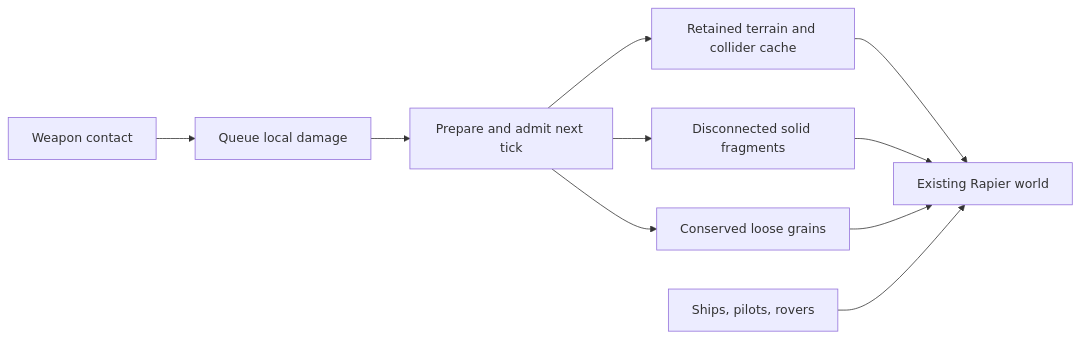
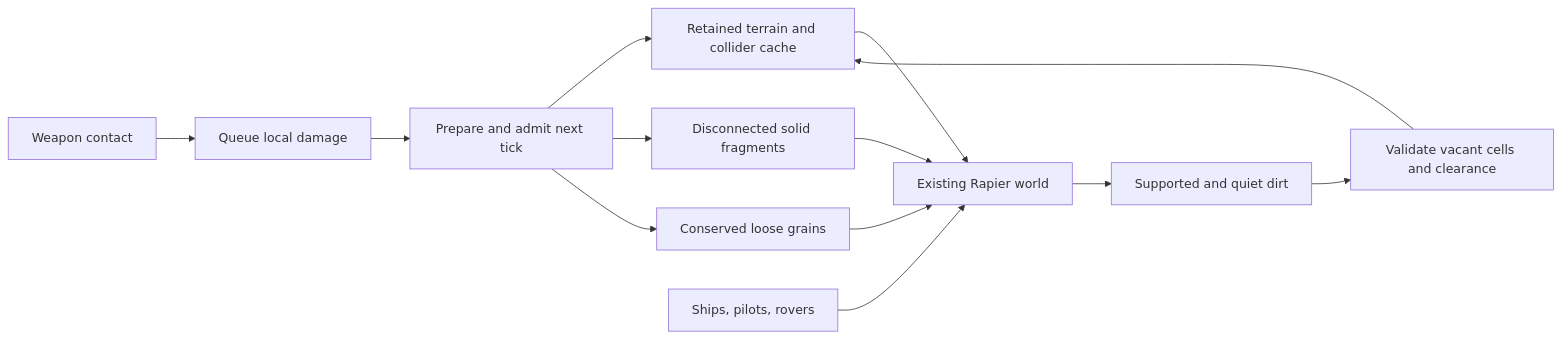
Before and after one commit to aortez/space-wars: the diagram in docs/shared-loose-terrain.md, drawn with Mermaid. The commit also changed other lines of this file and 24 other files, not shown here.

````diff
--- a/docs/shared-loose-terrain.md
+++ b/docs/shared-loose-terrain.md
@@ -16,12 +17,15 @@
 ```mermaid
 flowchart LR
   A[Weapon contact] --> B[Queue local damage]
   B --> C[Prepare and admit next tick]
   C --> D[Retained terrain and collider cache]
   C --> E[Disconnected solid fragments]
   C --> F[Conserved loose grains]
   D --> G[Existing Rapier world]
   E --> G
   F --> G
+  G --> I[Supported and quiet dirt]
+  I --> J[Validate vacant cells and clearance]
+  J --> D
   H[Ships, pilots, rovers] --> G
 ```
````
